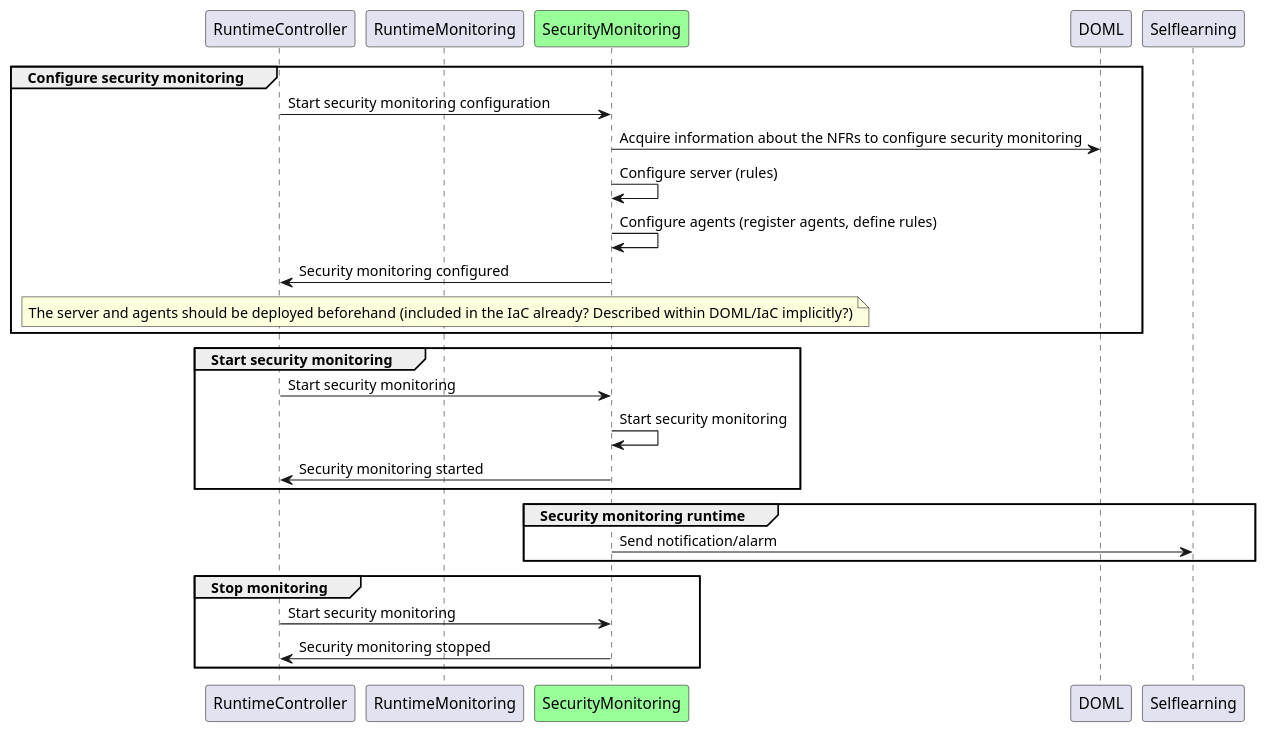
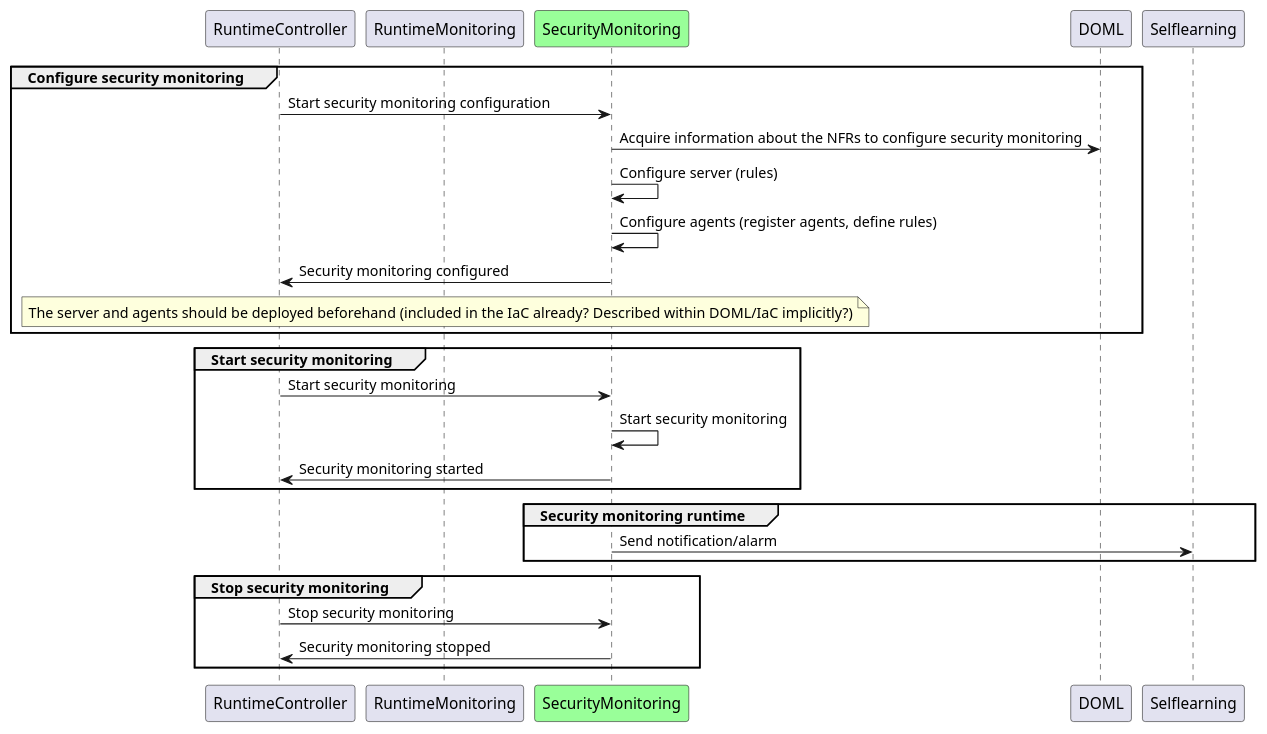
One commit to H2020-FISHY/TIM changed the diagram in security-monitoring/Security monitoring PIACERE.puml. Above: the diagram before and after it, drawn with PlantUML. The commit also changed 22 other files, not shown here.

```diff
--- a/security-monitoring/Security monitoring PIACERE.puml
+++ b/security-monitoring/Security monitoring PIACERE.puml
@@ -1,32 +1,32 @@
 @startuml
 participant RuntimeController
 participant RuntimeMonitoring
 participant SecurityMonitoring #99FF99
 participant DOML
 participant Selflearning
 
 group Configure security monitoring
     RuntimeController->SecurityMonitoring: Start security monitoring configuration
     SecurityMonitoring -> DOML: Acquire information about the NFRs to configure security monitoring
     SecurityMonitoring -> SecurityMonitoring: Configure server (rules)
     SecurityMonitoring -> SecurityMonitoring: Configure agents (register agents, define rules)
     SecurityMonitoring -> RuntimeController: Security monitoring configured
     note over SecurityMonitoring,RuntimeController:The server and agents should be deployed beforehand (included in the IaC already? Described within DOML/IaC implicitly?)
 end
 
 group Start security monitoring
     RuntimeController->SecurityMonitoring: Start security monitoring 
     SecurityMonitoring -> SecurityMonitoring : Start security monitoring
     RuntimeController<-SecurityMonitoring: Security monitoring started
 end
 
 group Security monitoring runtime
     Selflearning<-SecurityMonitoring: Send notification/alarm
 end
 
-group Stop monitoring
-    RuntimeController ->SecurityMonitoring: Start security monitoring
+group Stop security monitoring
+    RuntimeController ->SecurityMonitoring: Stop security monitoring
     SecurityMonitoring ->RuntimeController: Security monitoring stopped
 end
 
 @enduml
```
